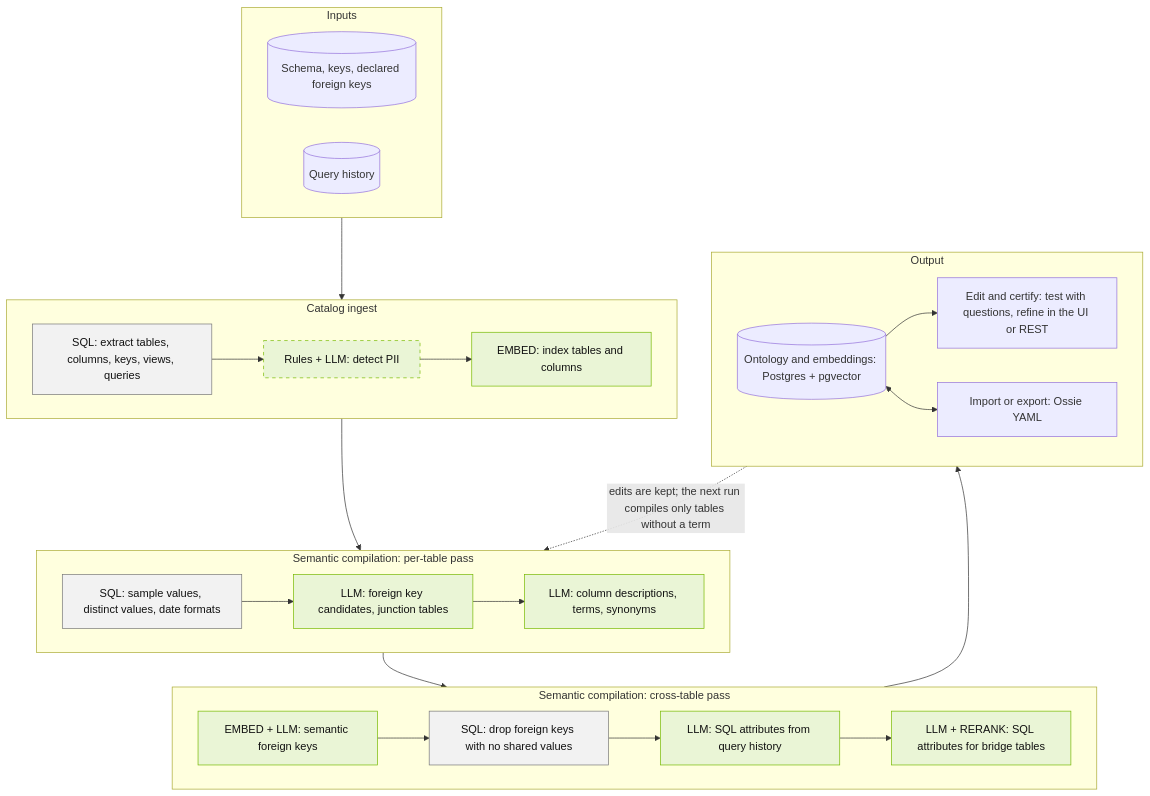
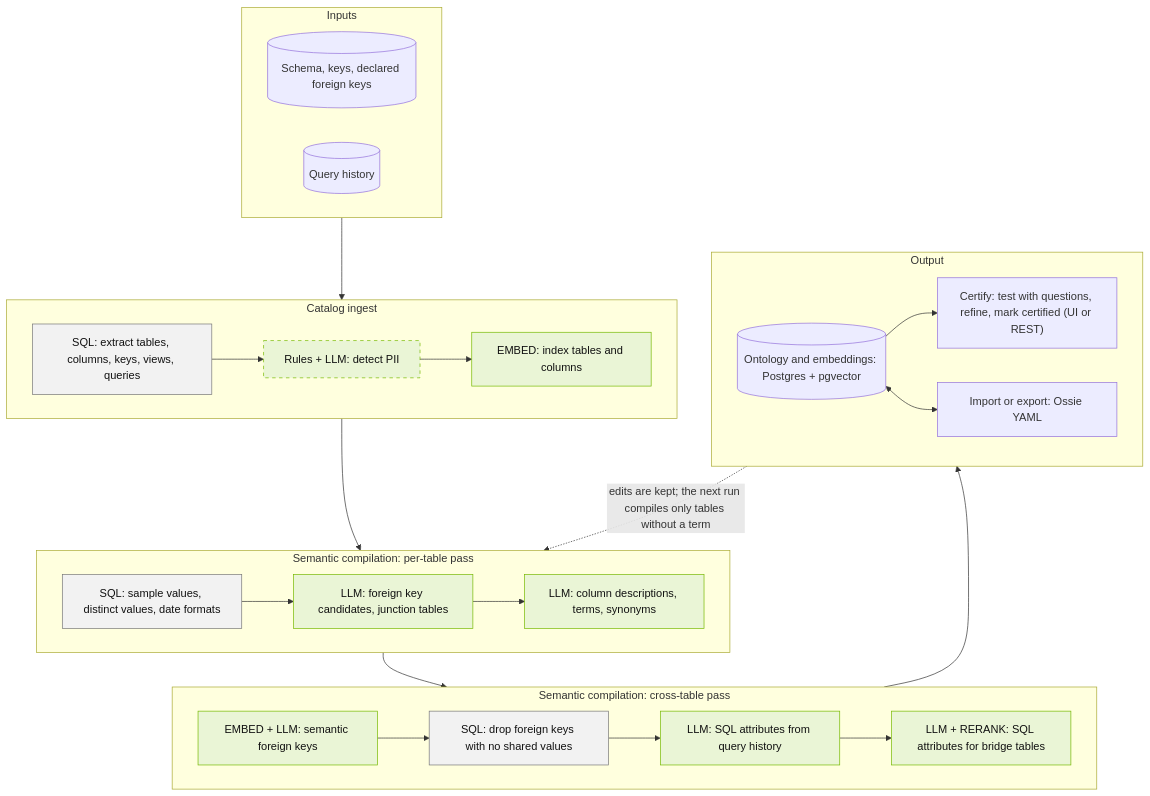
One commit to NVIDIA/auto-ontology changed the second of 6 diagrams in docs/architecture.md. Above: the diagram before and after it, drawn with Mermaid. The commit also changed other lines of this file and 1 other file, not shown here.

Commit message:
Call the review step Certify

````diff
--- a/docs/architecture.md
+++ b/docs/architecture.md
@@ -87,33 +87,33 @@
 ```mermaid
 flowchart TD
   subgraph inputs["Inputs"]
     direction LR
     i1[("Schema, keys, declared foreign keys")]
     i2[("Query history")]
   end
   subgraph ingest["Catalog ingest"]
     direction LR
     c1["SQL: extract tables, columns, keys, views, queries"] --> c2["Rules + LLM: detect PII"] --> c3["EMBED: index tables and columns"]
   end
   subgraph pertable["Semantic compilation: per-table pass"]
     direction LR
     p1["SQL: sample values, distinct values, date formats"] --> p2["LLM: foreign key candidates, junction tables"] --> p3["LLM: column descriptions, terms, synonyms"]
   end
   subgraph cross["Semantic compilation: cross-table pass"]
     direction LR
     x1["EMBED + LLM: semantic foreign keys"] --> x2["SQL: drop foreign keys with no shared values"] --> x3["LLM: SQL attributes from query history"] --> x4["LLM + RERANK: SQL attributes for bridge tables"]
   end
   subgraph output["Output"]
     direction LR
-    o1[("Ontology and embeddings: Postgres + pgvector")] --> o2["Edit and certify: test with questions, refine in the UI or REST"]
+    o1[("Ontology and embeddings: Postgres + pgvector")] --> o2["Certify: test with questions, refine, mark certified (UI or REST)"]
     o1 <--> o3["Import or export: Ossie YAML"]
   end
   inputs --> ingest --> pertable --> cross --> output
   output -. "edits are kept; the next run compiles only tables without a term" .-> pertable
   classDef model fill:#eaf5d6,stroke:#76b900,color:#111
   classDef det fill:#f2f2f2,stroke:#777,color:#111
   classDef optional stroke-dasharray:5 5
   class c2,c3,p2,p3,x1,x3,x4 model
   class c1,p1,x2 det
   class c2 optional
 ```
````
